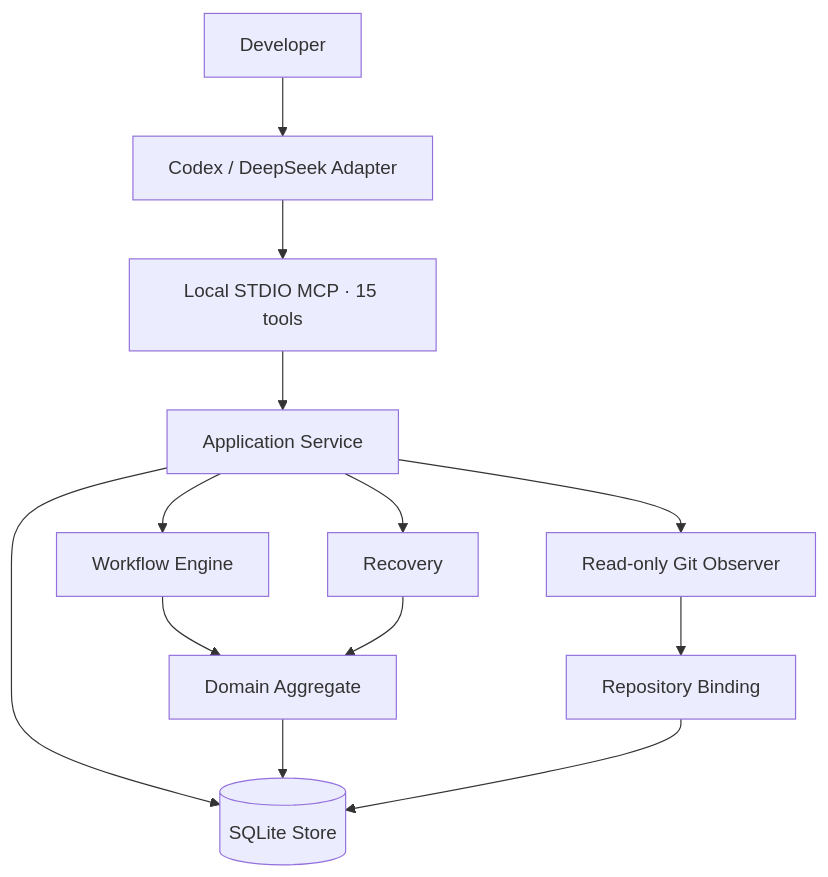
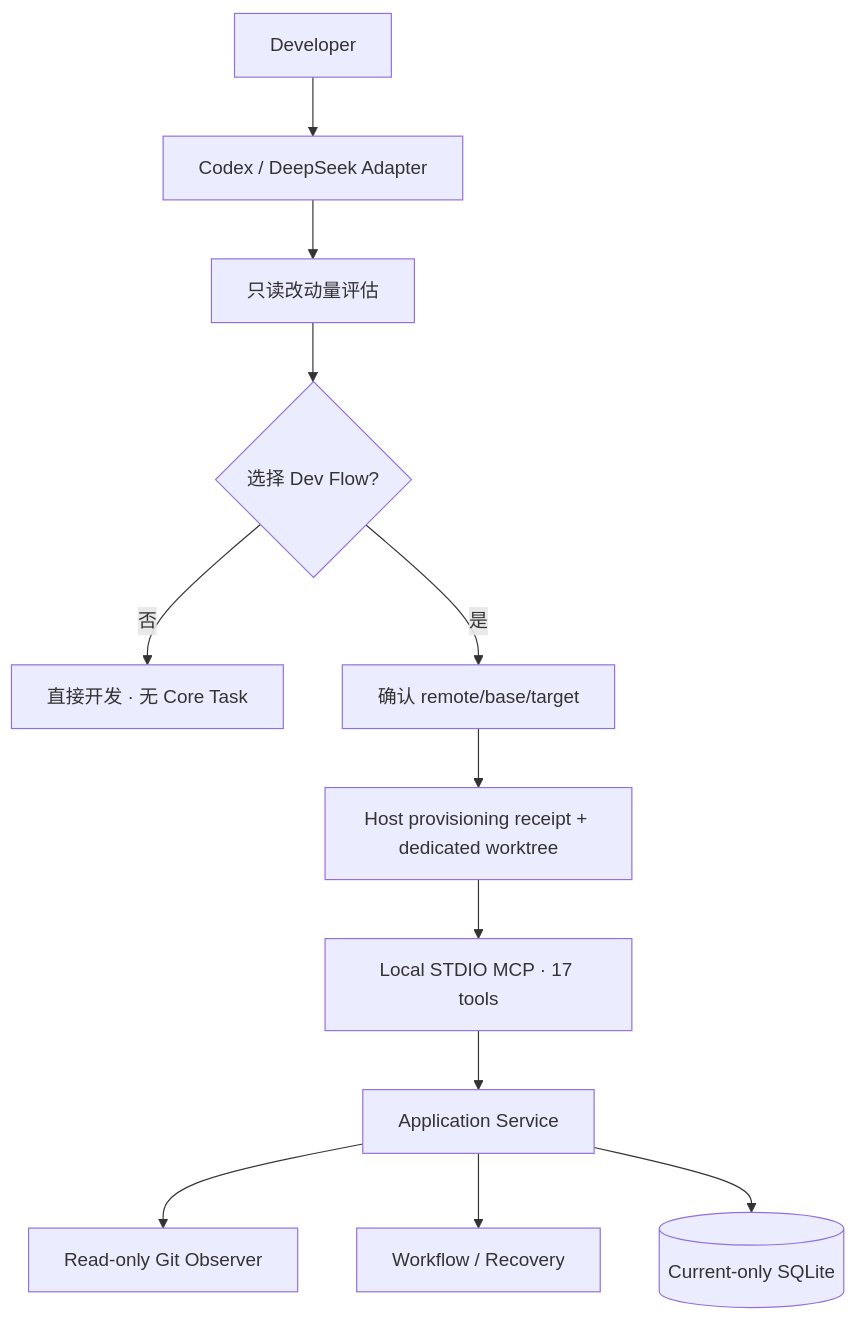
Before and after one commit to Innocent-children/dev-flow: the diagram in docs/ARCHITECTURE.md, drawn with Mermaid. The commit also changed other lines of this file and 246 other files, not shown here.

Commit message:
feat: make task lifecycle worktree-first

````diff
--- a/docs/ARCHITECTURE.md
+++ b/docs/ARCHITECTURE.md
@@ -31,15 +14,14 @@
 ```mermaid
 flowchart TB
     U[Developer] --> H[Codex / DeepSeek Adapter]
-    H --> M[Local STDIO MCP · 15 tools]
-    M --> A[Application Service]
-    A --> W[Workflow Engine]
-    A --> R[Recovery]
-    A --> G[Read-only Git Observer]
-    W --> D[Domain Aggregate]
-    R --> D
-    G --> B[Repository Binding]
-    A --> S[(SQLite Store)]
-    D --> S
-    B --> S
+    H --> A[只读改动量评估]
+    A --> C{选择 Dev Flow?}
+    C -->|否| D[直接开发 · 无 Core Task]
+    C -->|是| P[确认 remote/base/target]
+    P --> W[Host provisioning receipt + dedicated worktree]
+    W --> M[Local STDIO MCP · 17 tools]
+    M --> S[Application Service]
+    S --> G[Read-only Git Observer]
+    S --> F[Workflow / Recovery]
+    S --> DB[(Current-only SQLite)]
 ```
````
